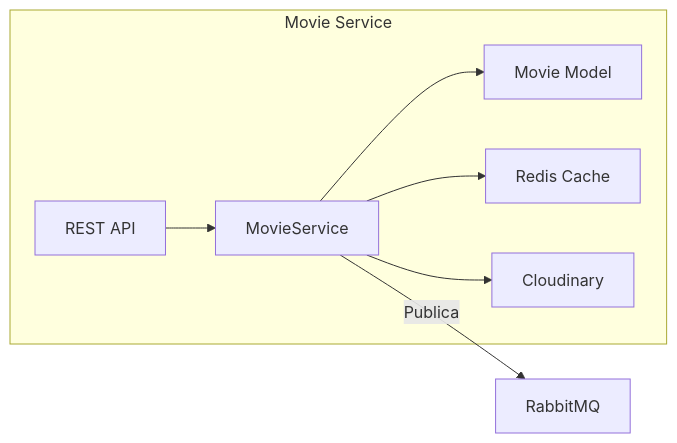
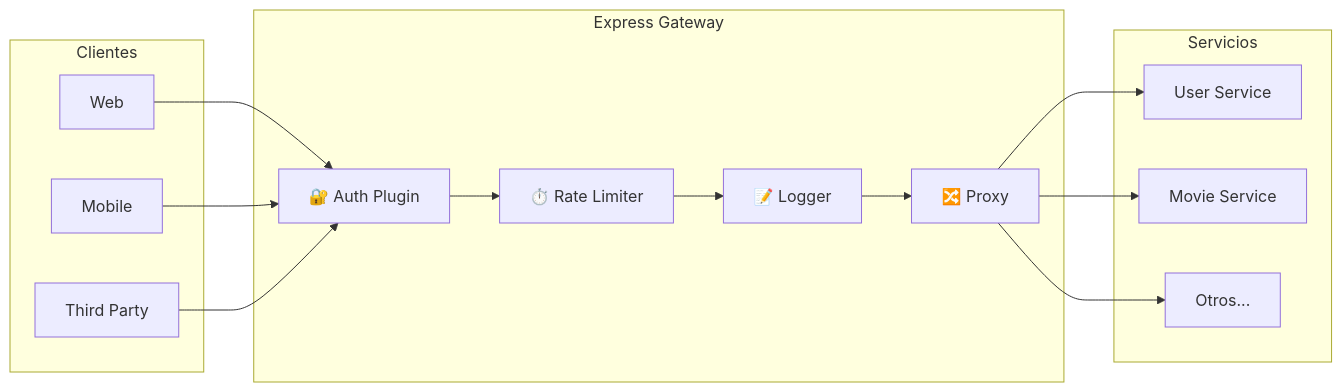
The sixth of 27 diagrams in README.md (paelsam/StreamiaServer), drawn with Mermaid before and after one commit. The commit also changed other lines of this file and 20 other files, not shown here.

````diff
--- a/README.md
+++ b/README.md
@@ -137,16 +203,31 @@
 ```mermaid
 flowchart LR
-    subgraph Movie Service
-        API[REST API]
-        SVC[MovieService]
-        MODEL[Movie Model]
-        CACHE[Redis Cache]
-        CLD[Cloudinary]
+    subgraph "Clientes"
+        C1[Web]
+        C2[Mobile]
+        C3[Third Party]
     end
 
-    API --> SVC
-    SVC --> MODEL
-    SVC --> CACHE
-    SVC --> CLD
-    SVC --> |Publica| RMQ[RabbitMQ]
+    subgraph "Express Gateway"
+        AUTH[🔐 Auth Plugin]
+        RL[⏱️ Rate Limiter]
+        LOG[📝 Logger]
+        PROXY[🔀 Proxy]
+    end
+
+    subgraph "Servicios"
+        S1[User Service]
+        S2[Movie Service]
+        S3[Otros...]
+    end
+
+    C1 --> AUTH
+    C2 --> AUTH
+    C3 --> AUTH
+    AUTH --> RL
+    RL --> LOG
+    LOG --> PROXY
+    PROXY --> S1
+    PROXY --> S2
+    PROXY --> S3
 ```
````
